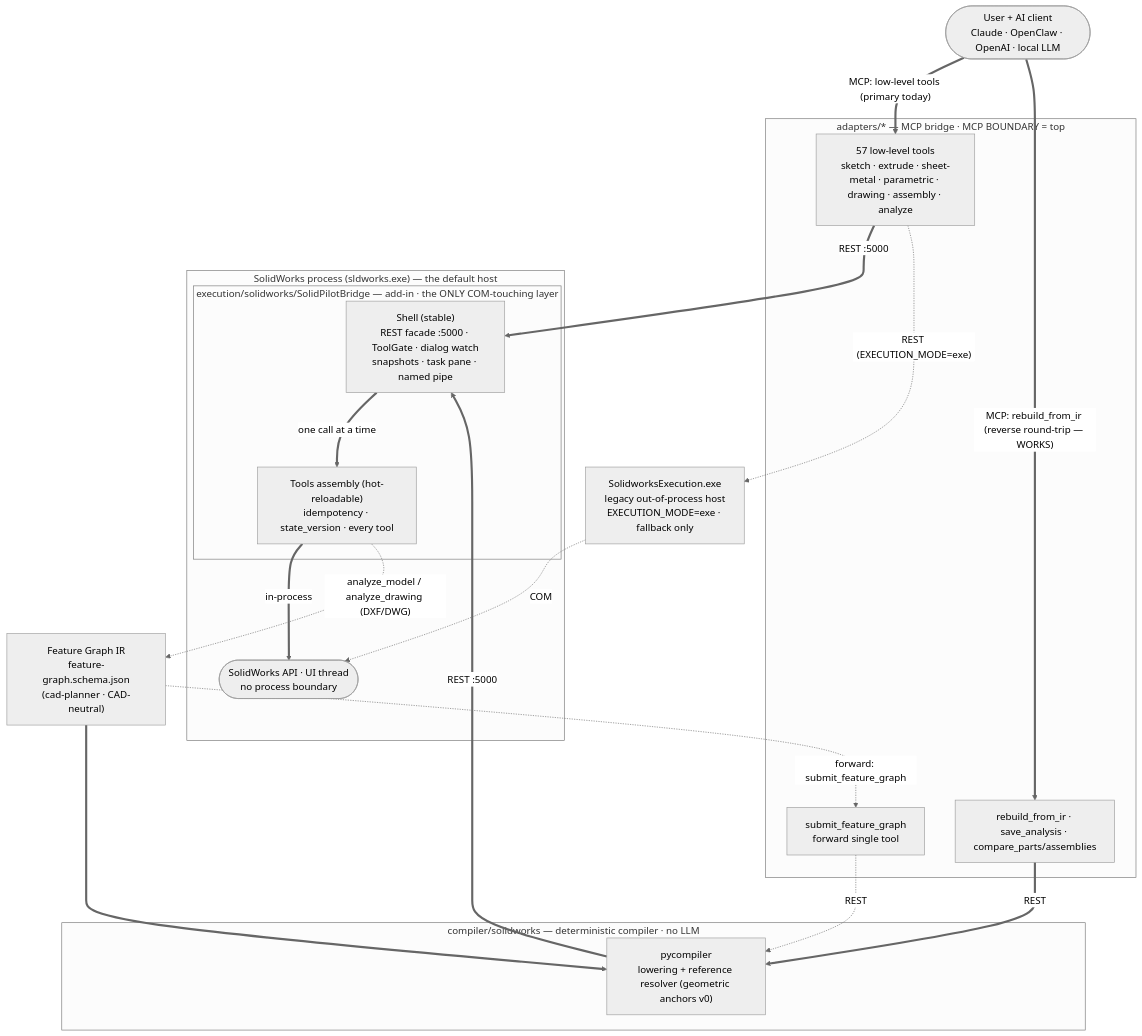
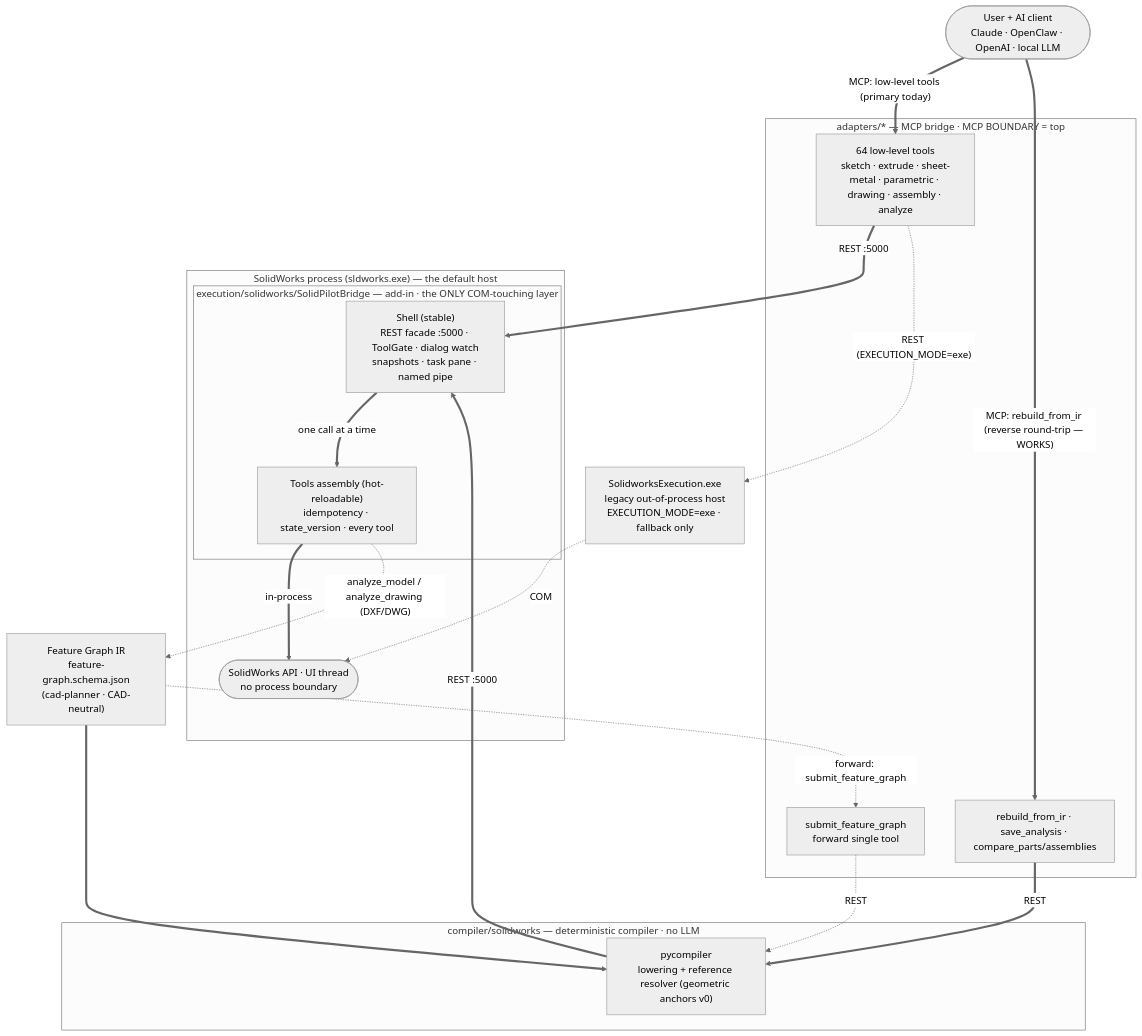
The diagram in README.md (MFlego/SolidMetalPilot), drawn with Mermaid (neutral theme) before and after one commit. The commit also changed other lines of this file and 49 other files, not shown here.

````diff
--- a/README.md
+++ b/README.md
@@ -49,47 +49,47 @@
 ```mermaid
 flowchart TD
     U(["User + AI client<br/>Claude · OpenClaw · OpenAI · local LLM"])
 
     subgraph ADAPT["adapters/* — MCP bridge · MCP BOUNDARY = top"]
-        LOW["57 low-level tools<br/>sketch · extrude · sheet-metal · parametric · drawing · assembly · analyze"]
+        LOW["64 low-level tools<br/>sketch · extrude · sheet-metal · parametric · drawing · assembly · analyze"]
         RIR["rebuild_from_ir · save_analysis · compare_parts/assemblies"]
         SFG["submit_feature_graph<br/>forward single tool"]
     end
 
     IR["Feature Graph IR<br/>feature-graph.schema.json<br/>(cad-planner · CAD-neutral)"]
 
     subgraph COMP["compiler/solidworks — deterministic compiler · no LLM"]
         CO["pycompiler<br/>lowering + reference resolver (geometric anchors v0)"]
     end
 
     subgraph SWP["SolidWorks process (sldworks.exe) — the default host"]
         subgraph BR["execution/solidworks/SolidPilotBridge — add-in · the ONLY COM-touching layer"]
             SH["Shell (stable)<br/>REST facade :5000 · ToolGate · dialog watch<br/>snapshots · task pane · named pipe"]
             TL["Tools assembly (hot-reloadable)<br/>idempotency · state_version · every tool"]
         end
         API(["SolidWorks API · UI thread<br/>no process boundary"])
     end
 
     EXE["SolidworksExecution.exe<br/>legacy out-of-process host<br/>EXECUTION_MODE=exe · fallback only"]
 
     %% Working today (thick)
     U == "MCP: low-level tools (primary today)" ==> LOW
     LOW == "REST :5000" ==> SH
     U == "MCP: rebuild_from_ir (reverse round-trip — WORKS)" ==> RIR
     IR ==> CO
     RIR == "REST" ==> CO
     CO == "REST :5000" ==> SH
     SH == "one call at a time" ==> TL
     TL == "in-process" ==> API
 
     %% Fallback host (dotted): same REST contract and the same tool source, in its own process
     LOW -. "REST (EXECUTION_MODE=exe)" .-> EXE
     EXE -. "COM" .-> API
 
     %% Reverse discovery step: read an existing part → propose an IR
     TL -. "analyze_model / analyze_drawing (DXF/DWG)" .-> IR
 
     %% Planned forward collapse (dashed)
     IR -. "forward: submit_feature_graph" .-> SFG
     SFG -. "REST" .-> CO
 ```
````
